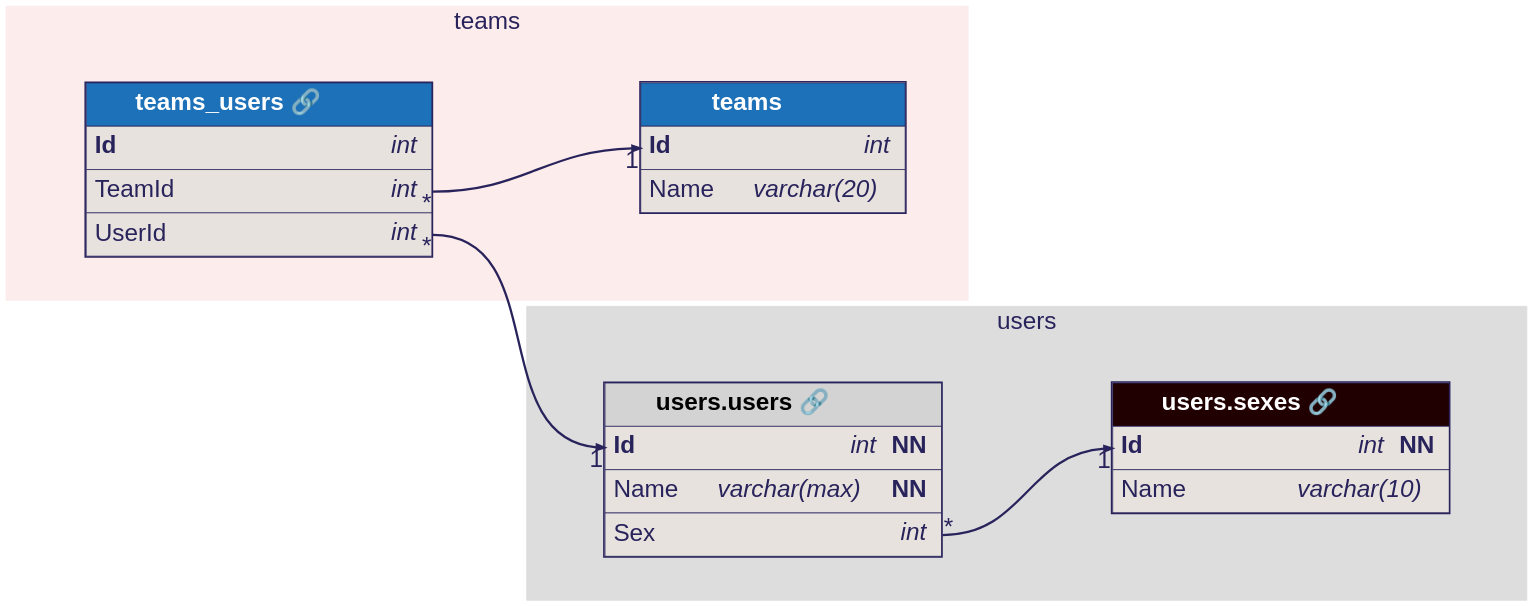
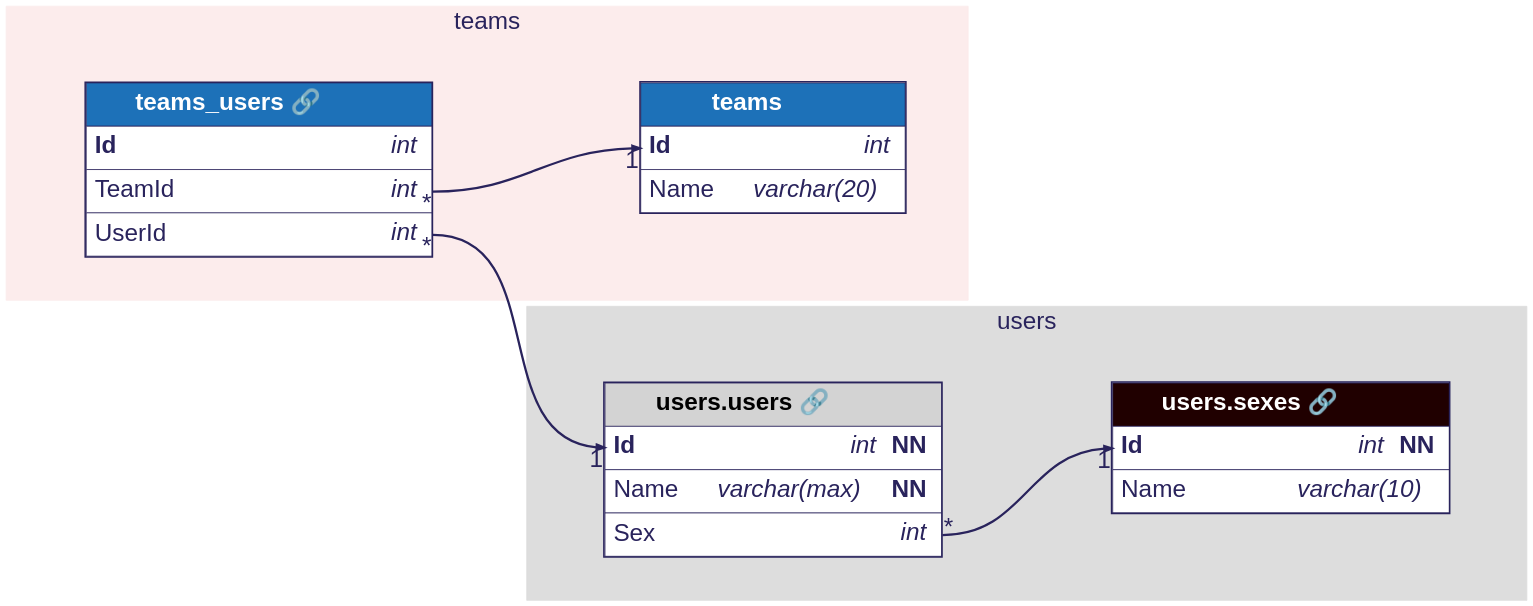
Before and after one commit to zenodinh/dbml-renderer: the diagram in examples/advanced_dbml.dbml.dot, drawn with Graphviz. The commit also changed 52 other files, not shown here.

First line of the commit message:
style: white column backgrounds, clean dbdiagram.io-style theme

```diff
--- a/examples/advanced_dbml.dbml.dot
+++ b/examples/advanced_dbml.dbml.dot
@@ -1,122 +1,122 @@
 digraph dbml {
       rankdir=LR;
       graph [fontname="helvetica", fontsize=32, fontcolor="#29235c", bgcolor="transparent"];
       node [penwidth=0, margin=0, fontname="helvetica", fontsize=32, fontcolor="#29235c"];
       edge [fontname="helvetica", fontsize=32, fontcolor="#29235c", color="#29235c"];
 
       
       subgraph cluster_users {
       tooltip="users\nUser details"
       label="users"
       style=filled;
       color="#dddddd";
 
       "users.users" [id="users.users";tooltip="users.users\na test note";label=<<TABLE BORDER="2" COLOR="#29235c" CELLBORDER="1" CELLSPACING="0" CELLPADDING="10">
       <TR><TD PORT="f0" BGCOLOR="#D3D3D3" HREF="https://flexivis.infrastruktur.link/#url=text:inline:users.users+table+link"><FONT COLOR="#000000"><B>       users.users 🔗       </B></FONT></TD></TR>
-<TR><TD ALIGN="LEFT" PORT="f1" BGCOLOR="#e7e2dd">
+<TR><TD ALIGN="LEFT" PORT="f1" BGCOLOR="#ffffff">
       <TABLE CELLPADDING="0" CELLSPACING="0" BORDER="0">
         <TR>
           <TD ALIGN="LEFT"><B>Id</B>    </TD>
           <TD ALIGN="RIGHT"><FONT><I>int</I> <B>NN</B></FONT></TD>
         </TR>
       </TABLE>
     </TD></TR>
-<TR><TD ALIGN="LEFT" PORT="f2" BGCOLOR="#e7e2dd">
+<TR><TD ALIGN="LEFT" PORT="f2" BGCOLOR="#ffffff">
       <TABLE CELLPADDING="0" CELLSPACING="0" BORDER="0">
         <TR>
           <TD ALIGN="LEFT">Name    </TD>
           <TD ALIGN="RIGHT"><FONT><I>varchar(max)</I> <B>NN</B></FONT></TD>
         </TR>
       </TABLE>
     </TD></TR>
-<TR><TD ALIGN="LEFT" PORT="f3" BGCOLOR="#e7e2dd">
+<TR><TD ALIGN="LEFT" PORT="f3" BGCOLOR="#ffffff">
       <TABLE CELLPADDING="0" CELLSPACING="0" BORDER="0">
         <TR>
           <TD ALIGN="LEFT">Sex    </TD>
           <TD ALIGN="RIGHT"><FONT><I>int</I></FONT></TD>
         </TR>
       </TABLE>
     </TD></TR>
     </TABLE>>];
 "users.sexes" [id="users.sexes";tooltip="users.sexes\nMale or female";label=<<TABLE BORDER="2" COLOR="#29235c" CELLBORDER="1" CELLSPACING="0" CELLPADDING="10">
       <TR><TD PORT="f0" BGCOLOR="#200000" HREF="https://flexivis.infrastruktur.link/#url=text:inline:users.sexes+table+link"><FONT COLOR="#ffffff"><B>       users.sexes 🔗       </B></FONT></TD></TR>
-<TR><TD ALIGN="LEFT" PORT="f1" BGCOLOR="#e7e2dd">
+<TR><TD ALIGN="LEFT" PORT="f1" BGCOLOR="#ffffff">
       <TABLE CELLPADDING="0" CELLSPACING="0" BORDER="0">
         <TR>
           <TD ALIGN="LEFT"><B>Id</B>    </TD>
           <TD ALIGN="RIGHT"><FONT><I>int</I> <B>NN</B></FONT></TD>
         </TR>
       </TABLE>
     </TD></TR>
-<TR><TD ALIGN="LEFT" PORT="f2" BGCOLOR="#e7e2dd">
+<TR><TD ALIGN="LEFT" PORT="f2" BGCOLOR="#ffffff">
       <TABLE CELLPADDING="0" CELLSPACING="0" BORDER="0">
         <TR>
           <TD ALIGN="LEFT">Name    </TD>
           <TD ALIGN="RIGHT"><FONT><I>varchar(10)</I></FONT></TD>
         </TR>
       </TABLE>
     </TD></TR>
     </TABLE>>];
     }
 subgraph cluster_teams {
       tooltip="teams\nThe team tables"
       label="teams"
       style=filled;
       color="#fcecec";
 
       "teams" [id="teams";tooltip="teams\nAnother note";label=<<TABLE BORDER="2" COLOR="#29235c" CELLBORDER="1" CELLSPACING="0" CELLPADDING="10">
       <TR><TD PORT="f0" BGCOLOR="#1d71b8"><FONT COLOR="#ffffff"><B>       teams       </B></FONT></TD></TR>
-<TR><TD ALIGN="LEFT" PORT="f1" BGCOLOR="#e7e2dd">
+<TR><TD ALIGN="LEFT" PORT="f1" BGCOLOR="#ffffff">
       <TABLE CELLPADDING="0" CELLSPACING="0" BORDER="0">
         <TR>
           <TD ALIGN="LEFT"><B>Id</B>    </TD>
           <TD ALIGN="RIGHT"><FONT><I>int</I></FONT></TD>
         </TR>
       </TABLE>
     </TD></TR>
-<TR><TD ALIGN="LEFT" PORT="f2" BGCOLOR="#e7e2dd">
+<TR><TD ALIGN="LEFT" PORT="f2" BGCOLOR="#ffffff">
       <TABLE CELLPADDING="0" CELLSPACING="0" BORDER="0">
         <TR>
           <TD ALIGN="LEFT">Name    </TD>
           <TD ALIGN="RIGHT"><FONT><I>varchar(20)</I></FONT></TD>
         </TR>
       </TABLE>
     </TD></TR>
     </TABLE>>];
 "teams_users" [id="teams_users";label=<<TABLE BORDER="2" COLOR="#29235c" CELLBORDER="1" CELLSPACING="0" CELLPADDING="10">
       <TR><TD PORT="f0" BGCOLOR="#1d71b8" HREF="https://flexivis.infrastruktur.link/#url=text:inline:teams_users+join+table+link"><FONT COLOR="#ffffff"><B>       teams_users 🔗       </B></FONT></TD></TR>
-<TR><TD ALIGN="LEFT" PORT="f1" BGCOLOR="#e7e2dd">
+<TR><TD ALIGN="LEFT" PORT="f1" BGCOLOR="#ffffff">
       <TABLE CELLPADDING="0" CELLSPACING="0" BORDER="0">
         <TR>
           <TD ALIGN="LEFT"><B>Id</B>    </TD>
           <TD ALIGN="RIGHT"><FONT><I>int</I></FONT></TD>
         </TR>
       </TABLE>
     </TD></TR>
-<TR><TD ALIGN="LEFT" PORT="f2" BGCOLOR="#e7e2dd">
+<TR><TD ALIGN="LEFT" PORT="f2" BGCOLOR="#ffffff">
       <TABLE CELLPADDING="0" CELLSPACING="0" BORDER="0">
         <TR>
           <TD ALIGN="LEFT">TeamId    </TD>
           <TD ALIGN="RIGHT"><FONT><I>int</I></FONT></TD>
         </TR>
       </TABLE>
     </TD></TR>
-<TR><TD ALIGN="LEFT" PORT="f3" BGCOLOR="#e7e2dd">
+<TR><TD ALIGN="LEFT" PORT="f3" BGCOLOR="#ffffff">
       <TABLE CELLPADDING="0" CELLSPACING="0" BORDER="0">
         <TR>
           <TD ALIGN="LEFT">UserId    </TD>
           <TD ALIGN="RIGHT"><FONT><I>int</I></FONT></TD>
         </TR>
       </TABLE>
     </TD></TR>
     </TABLE>>];
     }
       
       "users.users":f0 -> "users.sexes":f0 [style=invis, weight=100, color=red]
     "users.users":f3:e -> "users.sexes":f1:w [dir=forward, penwidth=3, color="#29235c", headlabel="1", taillabel="*"]
 "teams_users":f0 -> "teams":f0 [style=invis, weight=100, color=red]
     "teams_users":f2:e -> "teams":f1:w [dir=forward, penwidth=3, color="#29235c", headlabel="1", taillabel="*"]
 "teams_users":f0 -> "users.users":f0 [style=invis, weight=100, color=red]
     "teams_users":f3:e -> "users.users":f1:w [dir=forward, penwidth=3, color="#29235c", headlabel="1", taillabel="*"]
       
     }
```
